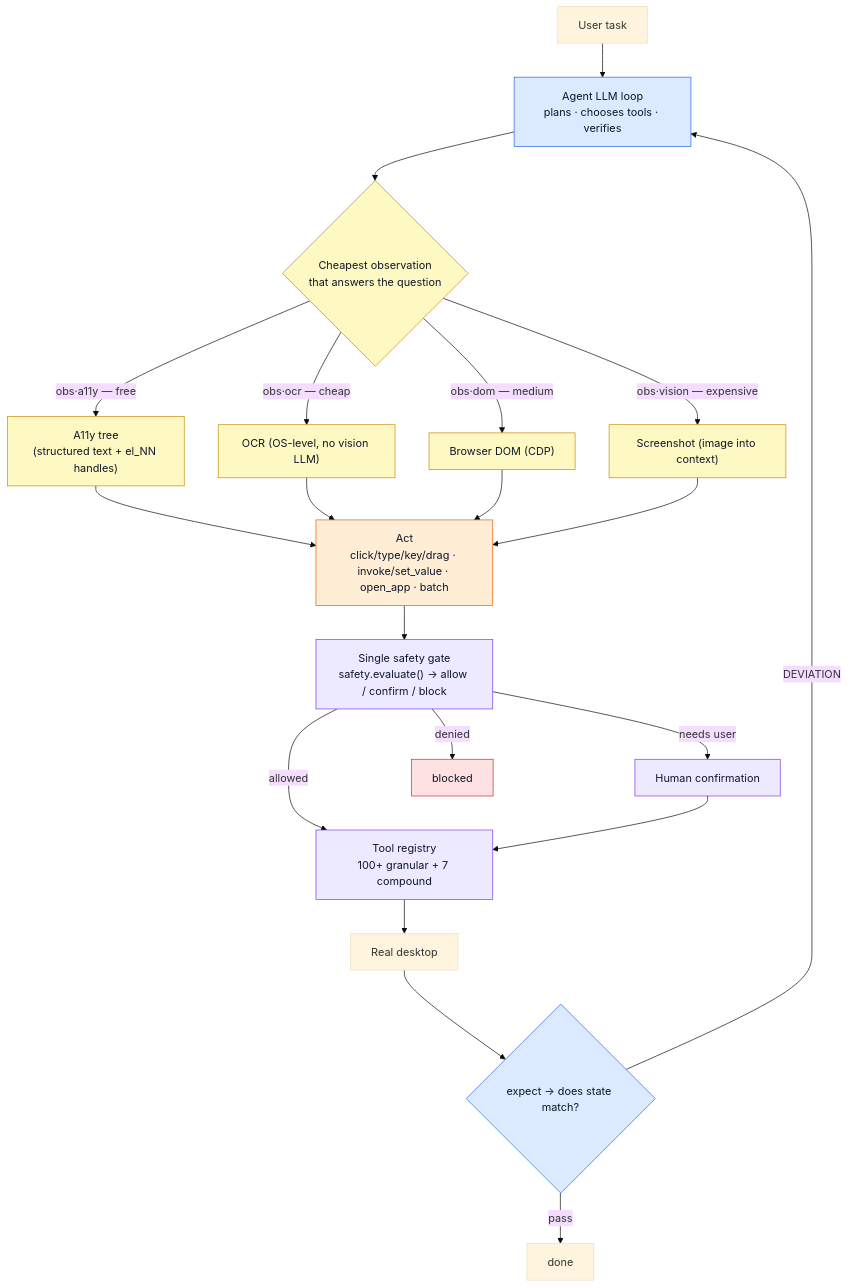
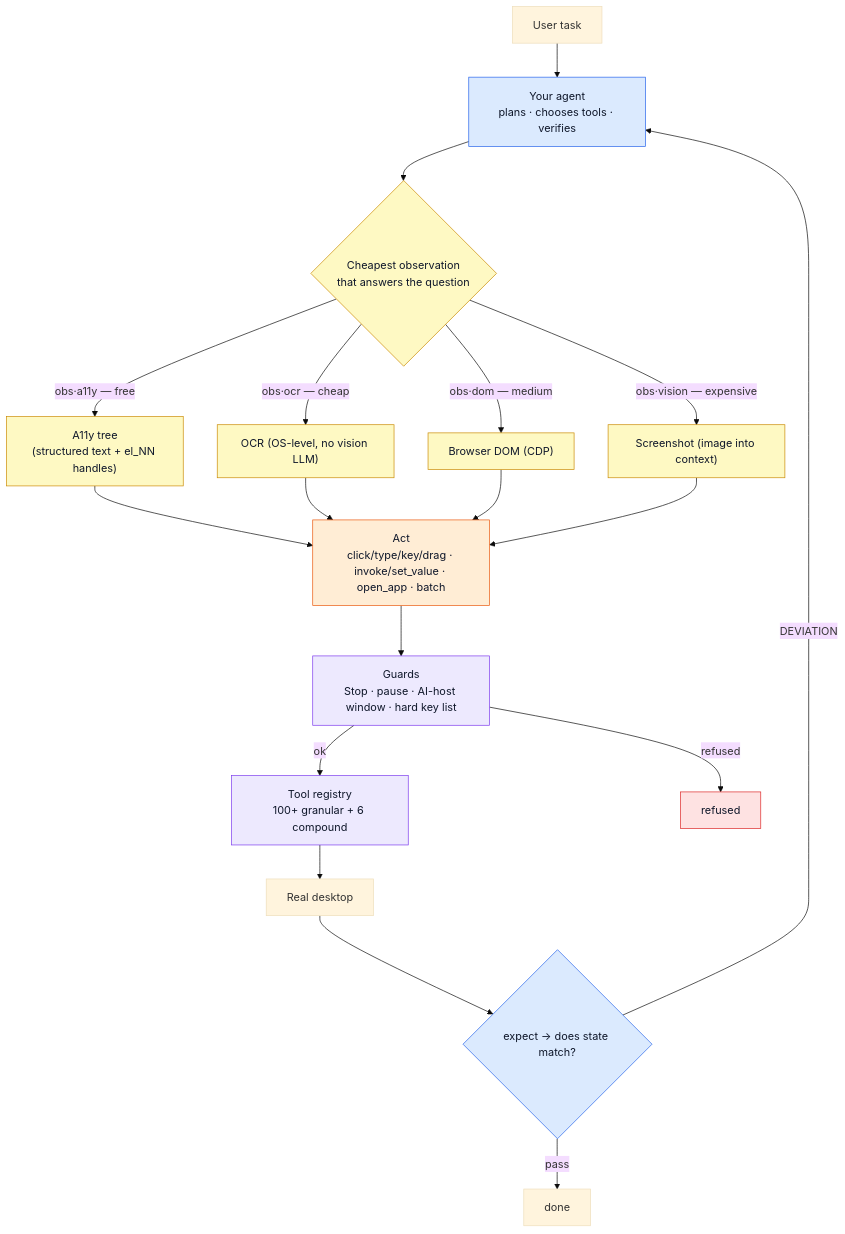
One commit to gabrielmoreira/agent-skills-mirror changed the diagram in mirrors/repos/AmrDab@clawdcursor/README.md. Above: the diagram before and after it, drawn with Mermaid (base theme). The commit also changed other lines of this file and 4185 other files, not shown here.

````diff
--- a/mirrors/repos/AmrDab@clawdcursor/README.md
+++ b/mirrors/repos/AmrDab@clawdcursor/README.md
@@ -328,36 +330,35 @@
 ```mermaid
 flowchart TB
-    task["User task"] --> loop["Agent LLM loop<br/>plans · chooses tools · verifies"]
+    task["User task"] --> loop["Your agent<br/>plans · chooses tools · verifies"]
     loop --> observe{"Cheapest observation<br/>that answers the question"}
 
     observe -- "obs·a11y — free" --> a11y["A11y tree<br/>(structured text + el_NN handles)"]
     observe -- "obs·ocr — cheap" --> ocr["OCR (OS-level, no vision LLM)"]
     observe -- "obs·dom — medium" --> dom["Browser DOM (CDP)"]
     observe -- "obs·vision — expensive" --> vision["Screenshot (image into context)"]
 
     a11y --> act
     ocr --> act
     dom --> act
     vision --> act
 
-    act["Act<br/>click/type/key/drag · invoke/set_value · open_app · batch"] --> safety
-    safety["Single safety gate<br/>safety.evaluate() → allow / confirm / block"] -- allowed --> tools["Tool registry<br/>100+ granular + 7 compound"]
-    safety -- needs user --> confirm["Human confirmation"] --> tools
-    safety -- denied --> blocked["blocked"]
+    act["Act<br/>click/type/key/drag · invoke/set_value · open_app · batch"] --> guards
+    guards["Guards<br/>Stop · pause · AI-host window · hard key list"] -- ok --> tools["Tool registry<br/>100+ granular + 6 compound"]
+    guards -- refused --> blocked["refused"]
 
     tools --> desktop["Real desktop"]
     desktop --> verify{"expect → does state match?"}
     verify -- pass --> done["done"]
     verify -- "DEVIATION" --> loop
 
     classDef agentNode fill:#dbeafe,stroke:#2563eb,color:#0f172a;
     classDef gate fill:#ede9fe,stroke:#7c3aed,color:#0f172a;
     classDef obsNode fill:#fef9c3,stroke:#ca8a04,color:#0f172a;
     classDef actNode fill:#ffedd5,stroke:#ea580c,color:#0f172a;
     classDef stop fill:#fee2e2,stroke:#dc2626,color:#0f172a;
     class loop,verify agentNode;
-    class safety,confirm,tools gate;
+    class guards,tools gate;
     class observe,a11y,ocr,dom,vision obsNode;
     class act actNode;
     class blocked stop;
 ```
````
